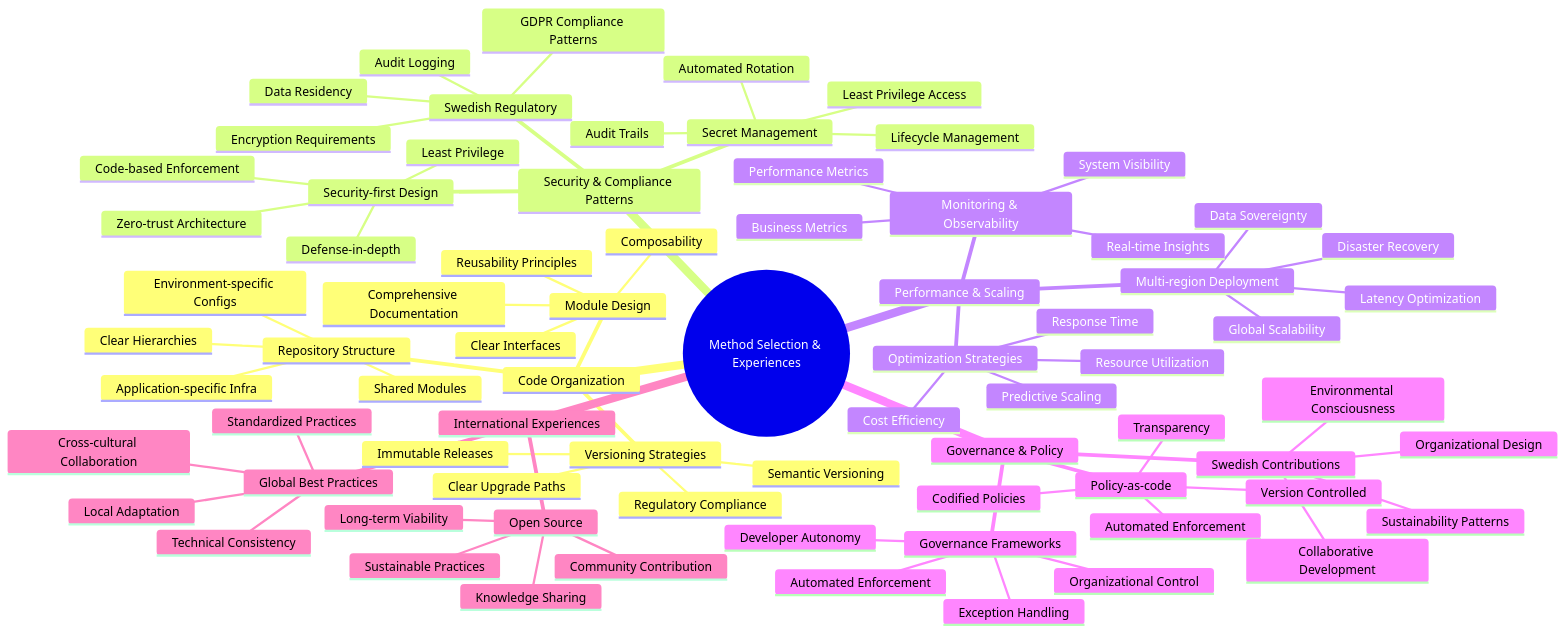
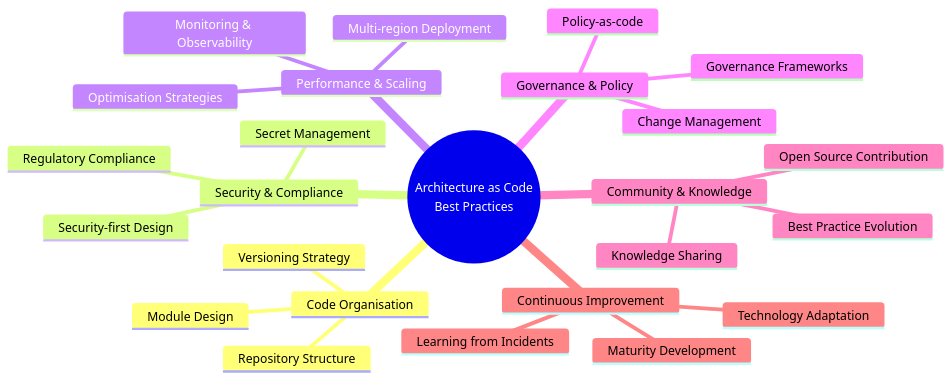
One commit to Geonitab/architecture_as_code changed the diagram in docs/images/mindmap_22_best_practices.mmd. Above: the diagram before and after it, drawn with Mermaid. The commit also changed 48 other files, not shown here.

```diff
--- a/docs/images/mindmap_22_best_practices.mmd
+++ b/docs/images/mindmap_22_best_practices.mmd
@@ -1,77 +1,26 @@
 mindmap
-  root((Method Selection & Experiences))
-    Code Organization
+  root((Architecture as Code<br/>Best Practices))
+    Code Organisation
       Repository Structure
-        Shared Modules
-        Environment-specific Configs
-        Application-specific Infra
-        Clear Hierarchies
       Module Design
-        Reusability Principles
-        Composability
-        Clear Interfaces
-        Comprehensive Documentation
-      Versioning Strategies
-        Semantic Versioning
-        Immutable Releases
-        Clear Upgrade Paths
-        Regulatory Compliance
-    Security & Compliance Patterns
+      Versioning Strategy
+    Security & Compliance
       Security-first Design
-        Defense-in-depth
-        Least Privilege
-        Zero-trust Architecture
-        Code-based Enforcement
-      Swedish Regulatory
-        GDPR Compliance Patterns
-        Data Residency
-        Encryption Requirements
-        Audit Logging
+      Regulatory Compliance
       Secret Management
-        Automated Rotation
-        Audit Trails
-        Least Privilege Access
-        Lifecycle Management
     Performance & Scaling
-      Optimization Strategies
-        Cost Efficiency
-        Resource Utilization
-        Response Time
-        Predictive Scaling
+      Optimisation Strategies
       Multi-region Deployment
-        Global Scalability
-        Data Sovereignty
-        Latency Optimization
-        Disaster Recovery
       Monitoring & Observability
-        System Visibility
-        Real-time Insights
-        Performance Metrics
-        Business Metrics
     Governance & Policy
       Governance Frameworks
-        Developer Autonomy
-        Organizational Control
-        Automated Enforcement
-        Exception Handling
       Policy-as-code
-        Codified Policies
-        Version Controlled
-        Automated Enforcement
-        Transparency
-      Swedish Contributions
-        Organizational Design
-        Environmental Consciousness
-        Collaborative Development
-        Sustainability Patterns
-    International Experiences
-      Global Best Practices
-        Cross-cultural Collaboration
-        Technical Consistency
-        Local Adaptation
-        Standardized Practices
-      Open Source
-        Community Contribution
-        Knowledge Sharing
-        Sustainable Practices
-        Long-term Viability
+      Change Management
+    Community & Knowledge
+      Best Practice Evolution
+      Open Source Contribution
+      Knowledge Sharing
+    Continuous Improvement
+      Learning from Incidents
+      Technology Adaptation
+      Maturity Development
```
